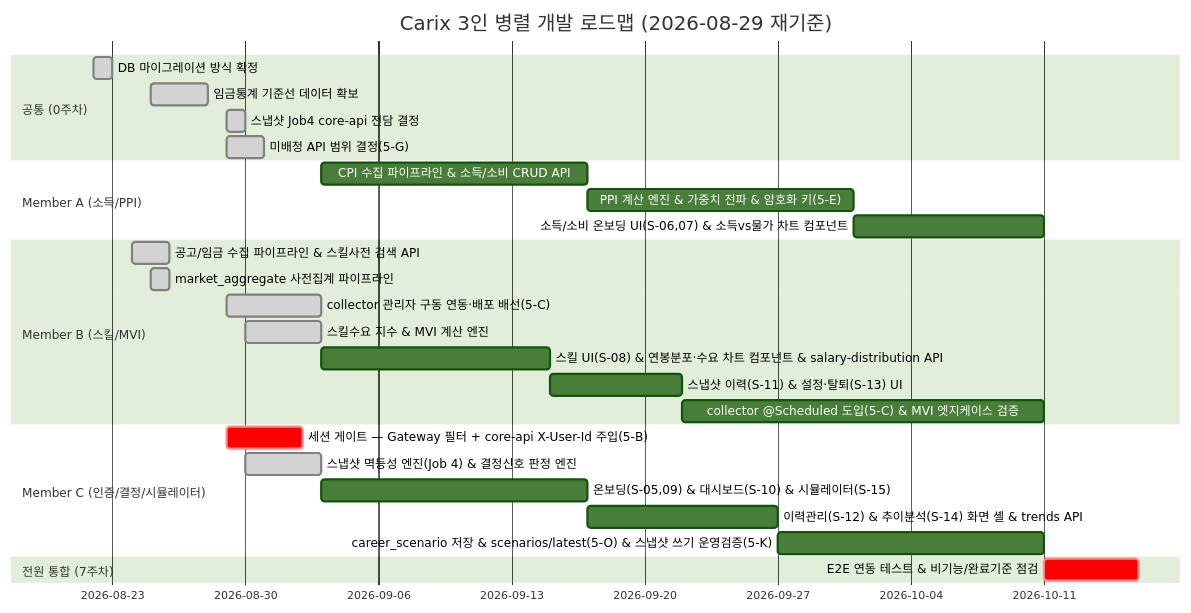
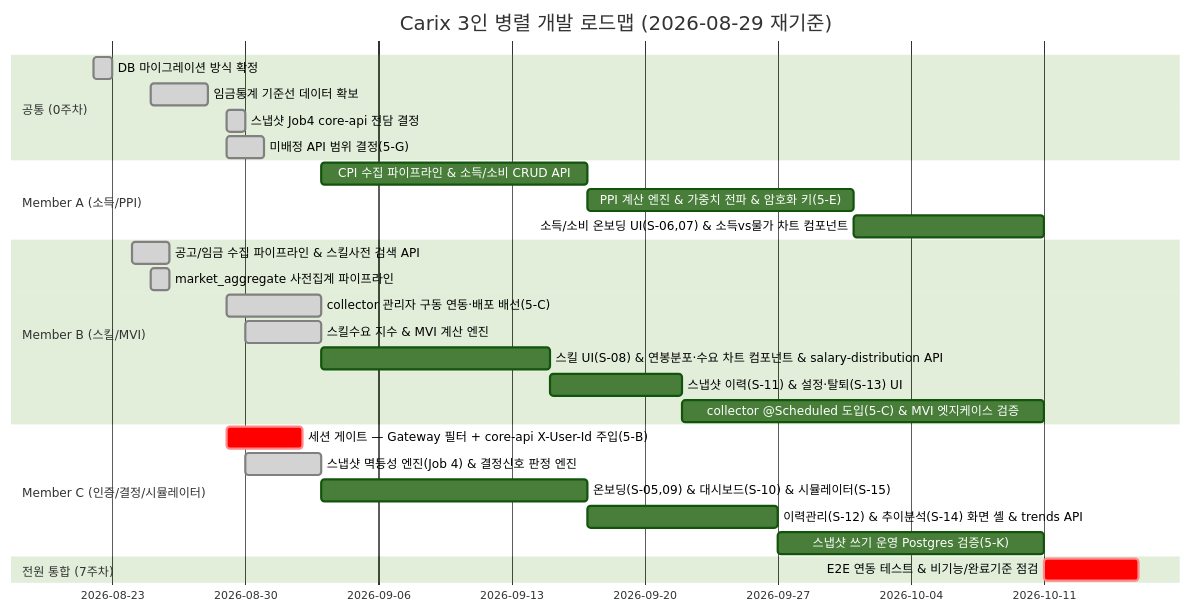
One commit to SeoHyeokGyu/Carix changed the first of 2 diagrams in docs/plans/carix-dev-plan.md. Above: the diagram before and after it, drawn with Mermaid (forest theme). The commit also changed other lines of this file and 23 other files, not shown here.

````diff
--- a/docs/plans/carix-dev-plan.md
+++ b/docs/plans/carix-dev-plan.md
@@ -53,30 +54,30 @@
 ```mermaid
 gantt
     title Carix 3인 병렬 개발 로드맵 (2026-08-29 재기준)
     dateFormat  YYYY-MM-DD
     section 공통 (0주차)
     DB 마이그레이션 방식 확정 :done, c0a, 2026-08-22, 1d
     임금통계 기준선 데이터 확보 :done, a0, 2026-08-25, 3d
     스냅샷 Job4 core-api 전담 결정 :done, i0, 2026-08-29, 1d
     미배정 API 범위 결정(5-G) :done, c0, 2026-08-29, 2d
     section Member A (소득/PPI)
     CPI 수집 파이프라인 & 소득/소비 CRUD API :a1, after b0, 14d
     PPI 계산 엔진 & 가중치 전파 & 암호화 키(5-E) :a2, after a1, 14d
     소득/소비 온보딩 UI(S-06,07) & 소득vs물가 차트 컴포넌트 :a3, after a2, 10d
     section Member B (스킬/MVI)
     공고/임금 수집 파이프라인 & 스킬사전 검색 API :done, b1, 2026-08-24, 2d
     market_aggregate 사전집계 파이프라인 :done, b2a, 2026-08-25, 1d
     collector 관리자 구동 연동·배포 배선(5-C) :done, b0, 2026-08-29, 5d
     스킬수요 지수 & MVI 계산 엔진 :done, b2, 2026-08-30, 4d
     스킬 UI(S-08) & 연봉분포·수요 차트 컴포넌트 & salary-distribution API :b3, after b2, 12d
     스냅샷 이력(S-11) & 설정·탈퇴(S-13) UI :b4, after b3, 7d
     collector @Scheduled 도입(5-C) & MVI 엣지케이스 검증 :b5, after b4, 19d
     section Member C (인증/결정/시뮬레이터)
     세션 게이트 — Gateway 필터 + core-api X-User-Id 주입(5-B) :crit, c0b, 2026-08-29, 4d
     스냅샷 멱등성 엔진(Job 4) & 결정신호 판정 엔진 :done, c2, 2026-08-30, 4d
     온보딩(S-05,09) & 대시보드(S-10) & 시뮬레이터(S-15) :c3, after c2, 14d
     이력관리(S-12) & 추이분석(S-14) 화면 셸 & trends API :c4, after c3, 10d
-    career_scenario 저장 & scenarios/latest(5-O) & 스냅샷 쓰기 운영검증(5-K) :c5, after c4, 14d
+    스냅샷 쓰기 운영 Postgres 검증(5-K)          :c5, after c4, 14d
     section 전원 통합 (7주차)
     E2E 연동 테스트 & 비기능/완료기준 점검 :crit, e2e, after a3 b5 c5, 5d
 ```
````
